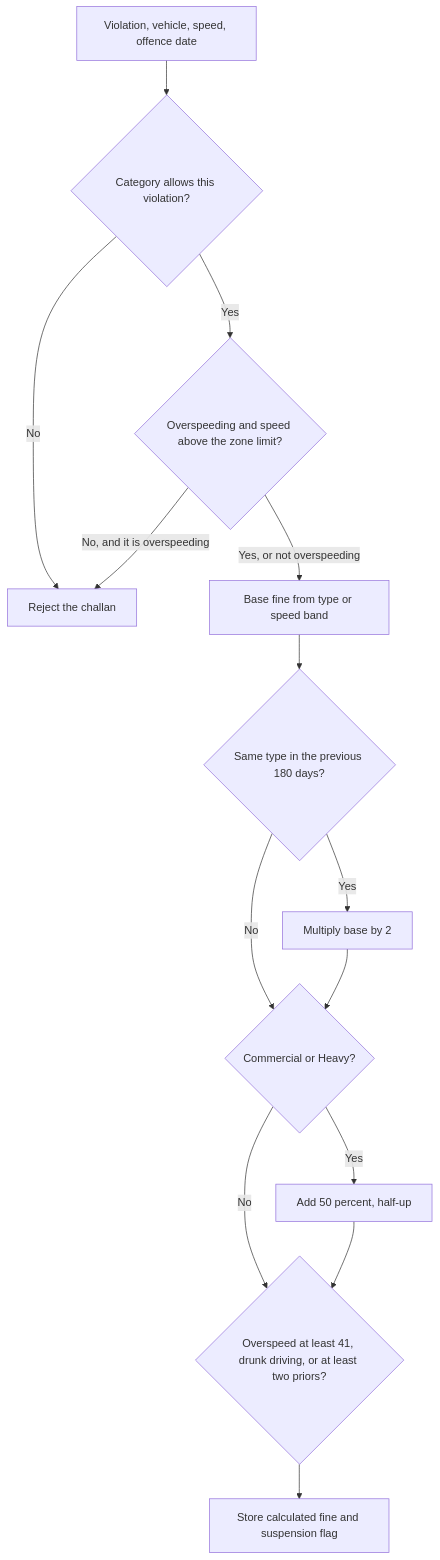
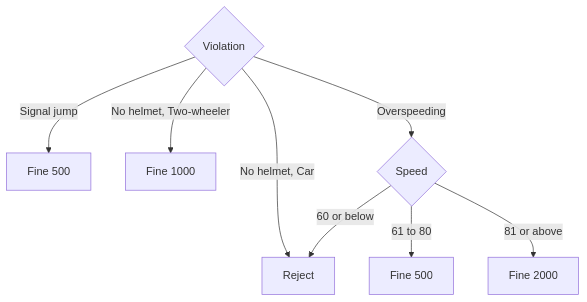
One commit to mrsahiljaiswal/Software-Testing-Portfolio changed the third of 3 diagrams in 07_Screenshots/Diagrams.md. Above: the diagram before and after it, drawn with Mermaid. The commit also changed other lines of this file and 27 other files, not shown here.

````diff
--- a/07_Screenshots/Diagrams.md
+++ b/07_Screenshots/Diagrams.md
@@ -51,27 +32,11 @@
 ```mermaid
 flowchart TD
-    startNode[Violation, vehicle, speed, offence date]
-    cat{Category allows this violation?}
-    speed{Overspeeding and speed above the zone limit?}
-    reject[Reject the challan]
-    base[Base fine from type or speed band]
-    repeat{Same type in the previous 180 days?}
-    doubled[Multiply base by 2]
-    surcharge{Commercial or Heavy?}
-    addHalf[Add 50 percent, half-up]
-    suspend{Overspeed at least 41, drunk driving, or at least two priors?}
-    done[Store calculated fine and suspension flag]
-    startNode --> cat
-    cat -->|No| reject
-    cat -->|Yes| speed
-    speed -->|No, and it is overspeeding| reject
-    speed -->|Yes, or not overspeeding| base
-    base --> repeat
-    repeat -->|Yes| doubled
-    repeat -->|No| surcharge
-    doubled --> surcharge
-    surcharge -->|Yes| addHalf
-    surcharge -->|No| suspend
-    addHalf --> suspend
-    suspend --> done
+    start{Violation}
+    start -->|Signal jump| fine500[Fine 500]
+    start -->|No helmet, Two-wheeler| fine1000[Fine 1000]
+    start -->|No helmet, Car| reject[Reject]
+    start -->|Overspeeding| speed{Speed}
+    speed -->|60 or below| reject
+    speed -->|61 to 80| fine500b[Fine 500]
+    speed -->|81 or above| fine2000[Fine 2000]
 ```
````
